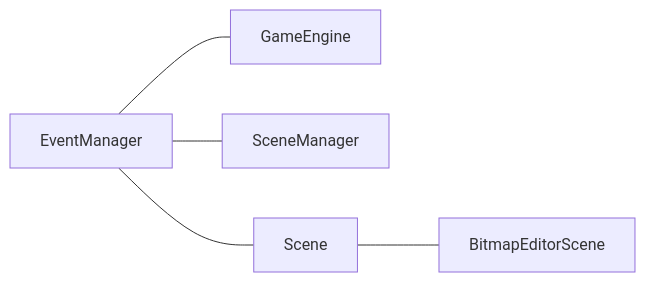
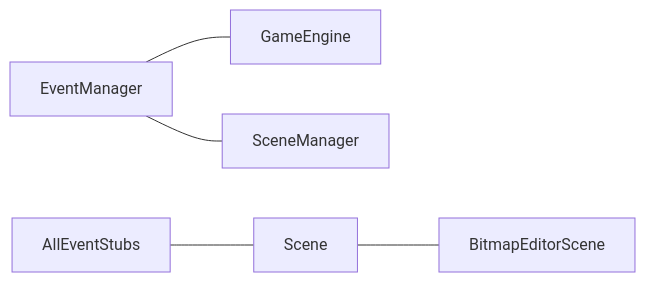
The second of 10 diagrams in docs/architecture/bitmappy.md (terrysimons/glitchygames), drawn with Mermaid before and after one commit. The commit also changed other lines of this file and 49 other files, not shown here.

````diff
--- a/docs/architecture/bitmappy.md
+++ b/docs/architecture/bitmappy.md
@@ -64,7 +66,7 @@
 ```mermaid
 flowchart LR
     EM["EventManager"] --- GE["GameEngine"]
     EM --- SM["SceneManager"]
-    EM --- SC["Scene"]
+    STUBS["AllEventStubs"] --- SC["Scene"]
     SC --- BES["BitmapEditorScene"]
 ```
````
